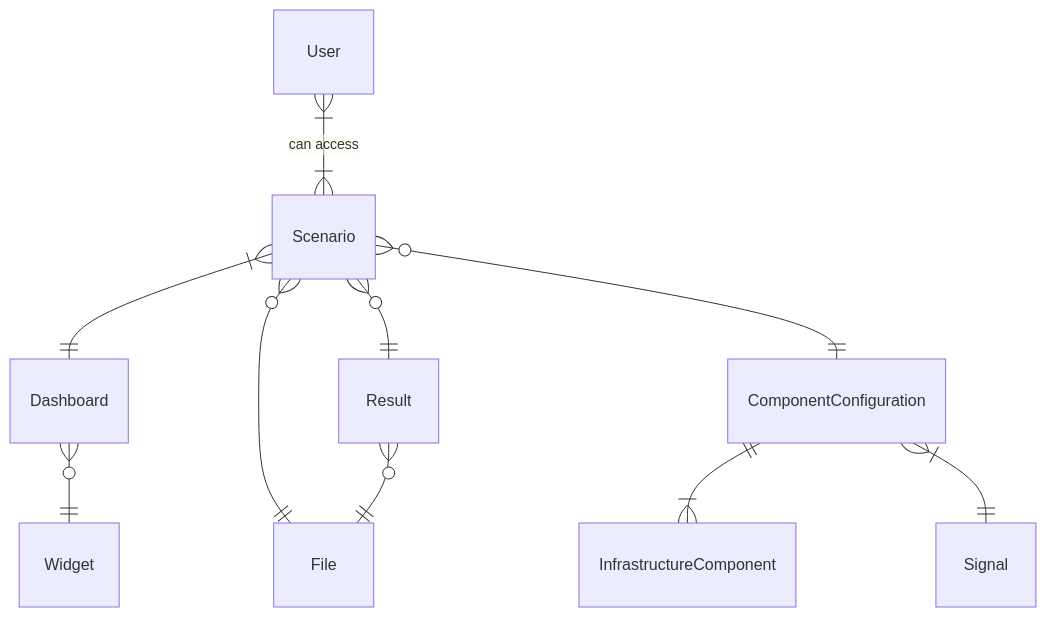
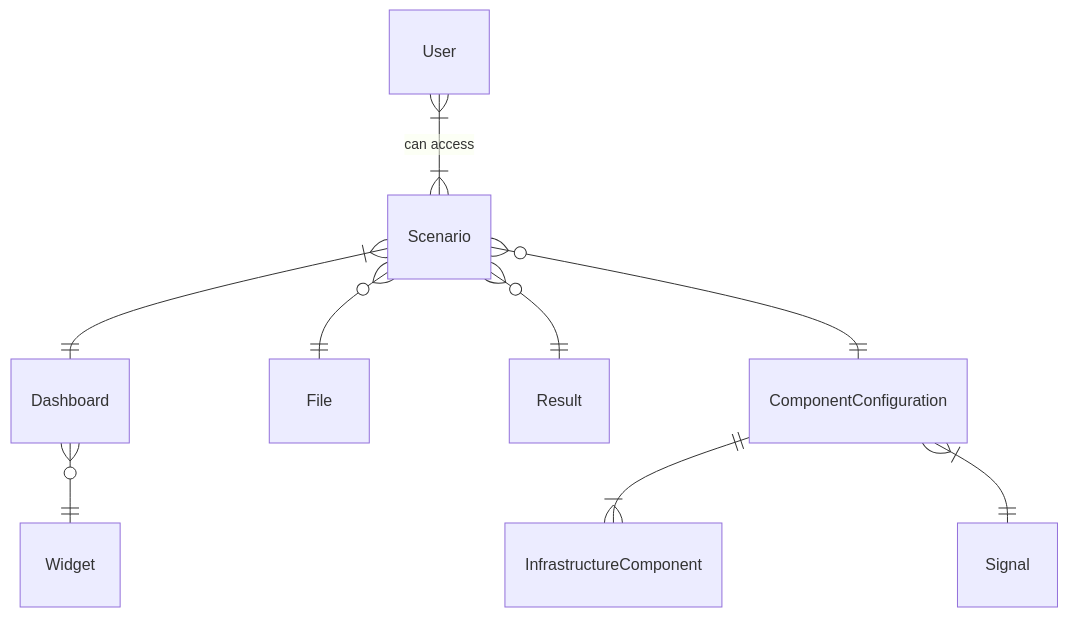
One commit to VILLASframework/documentation changed the diagram in doc/web/Structure.md. Above: the diagram before and after it, drawn with Mermaid.

Commit message:
fix data model figure of VILLASweb

```diff
--- a/doc/web/Structure.md
+++ b/doc/web/Structure.md
@@ -7,12 +7,11 @@
 <div class="mermaid">
 erDiagram
     User }|--|{ Scenario: "can access"
     Scenario }|--|| Dashboard: ""
     Scenario }o--|| File: ""
     Scenario }o--|| Result: ""
-    Result }o--|| File: ""
     Dashboard }o--|| Widget: ""
     Scenario }o--|| ComponentConfiguration: ""
     ComponentConfiguration ||--|{ InfrastructureComponent: ""
     ComponentConfiguration }|--|| Signal: ""
 </div>
```
